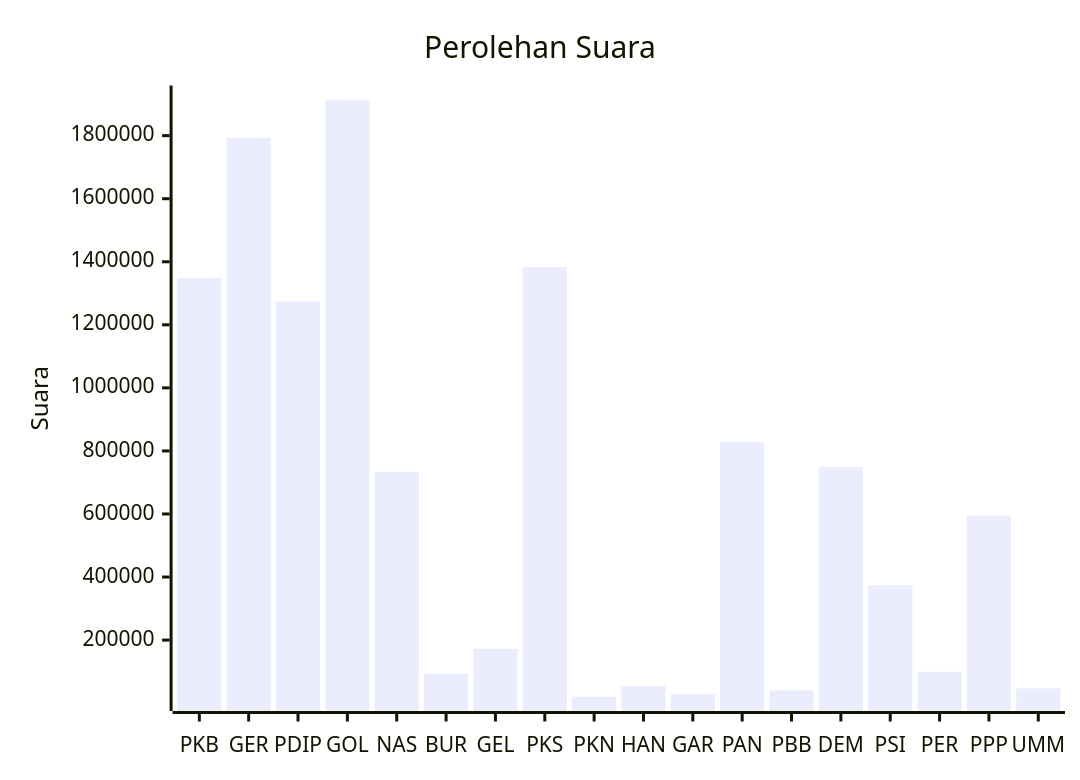
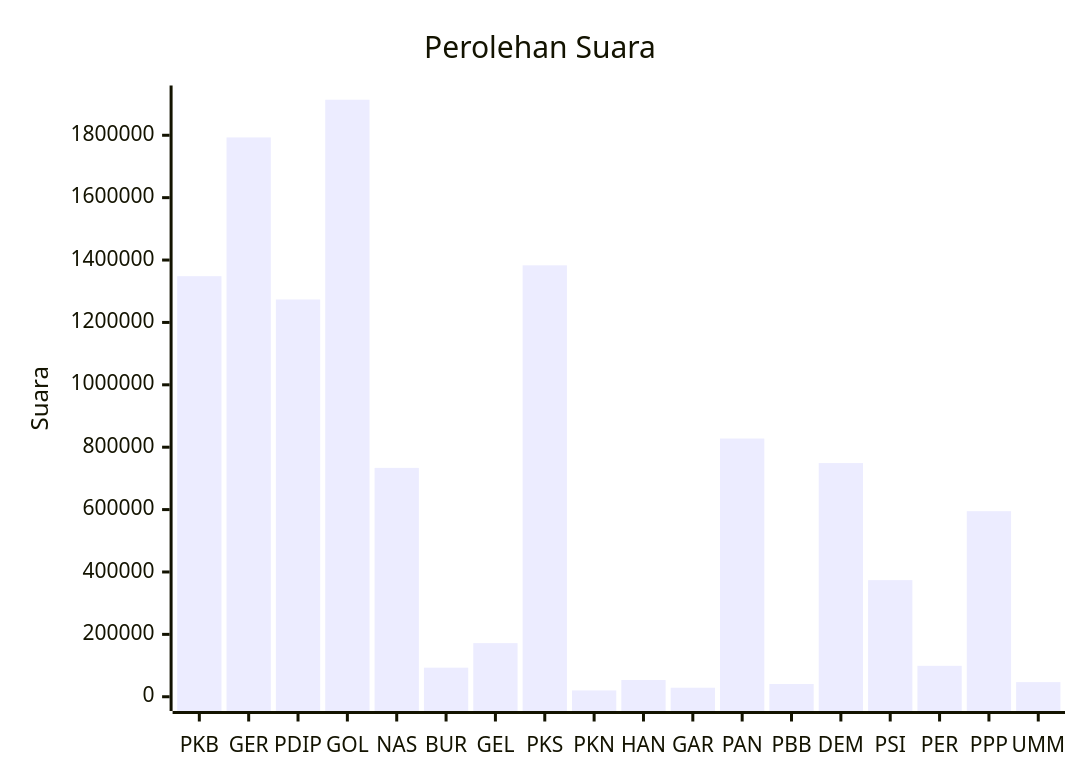
The diagram in pileg-dpr/hitung-suara/sub/table-wilayah-32.md (gigit-pemilu/pemilu-2024), drawn with Mermaid before and after one commit. The commit also changed 57 other files, not shown here.

````diff
--- a/pileg-dpr/hitung-suara/sub/table-wilayah-32.md
+++ b/pileg-dpr/hitung-suara/sub/table-wilayah-32.md
@@ -7,7 +7,7 @@
 ```mermaid
 xychart-beta
     title "Perolehan Suara"
     x-axis [PKB, GER, PDIP, GOL, NAS, BUR, GEL, PKS, PKN, HAN, GAR, PAN, PBB, DEM, PSI, PER, PPP, UMM]
-    y-axis "Suara"
+    y-axis "Suara" 0 --> 1913867
     bar [1348330, 1793084, 1273570, 1913867, 733637, 93151, 171904, 1383133, 20278, 53611, 28986, 827832, 40866, 749183, 373833, 99149, 594856, 46876]
 ```
````
